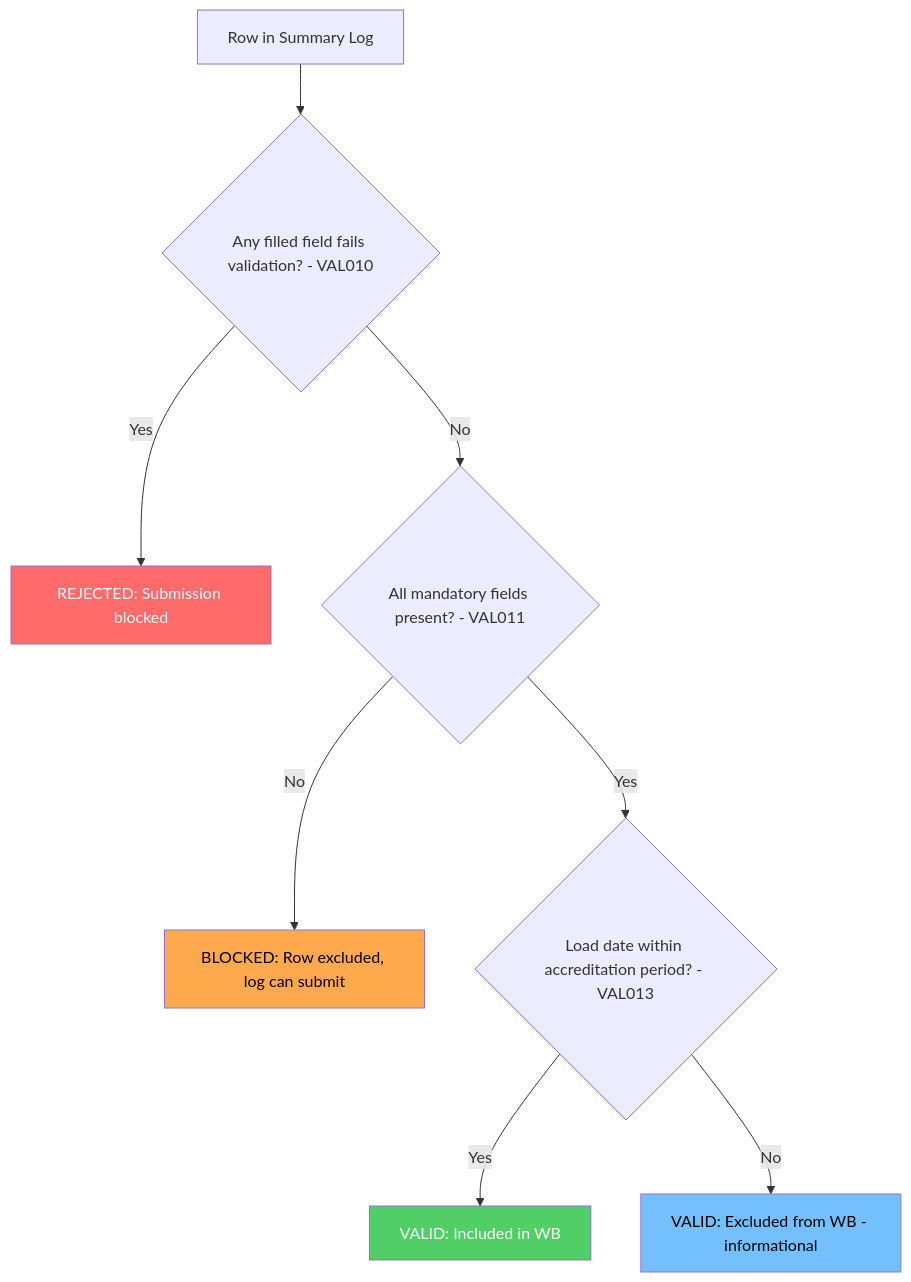
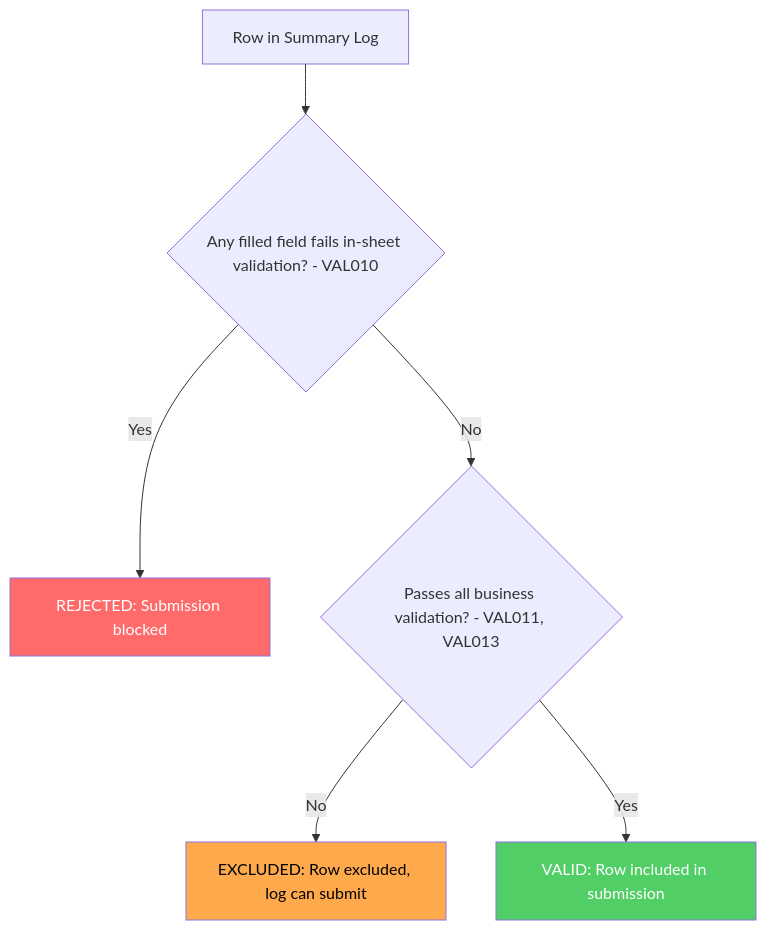
Before and after one commit to DEFRA/epr-re-ex-service: the diagram in docs/architecture/defined/summary-log-row-validation-classification.md, drawn with Mermaid. The commit also changed other lines of this file, not shown here.

First line of the commit message:
docs: simplify validation classification

````diff
--- a/docs/architecture/defined/summary-log-row-validation-classification.md
+++ b/docs/architecture/defined/summary-log-row-validation-classification.md
@@ -66,18 +57,14 @@
 ```mermaid
 flowchart TD
-    A[Row in Summary Log] --> B{Any filled field fails validation? - VAL010}
+    A[Row in Summary Log] --> B{Any filled field fails in-sheet validation? - VAL010}
 
     B -->|Yes| REJECTED["REJECTED: Submission blocked"]
-    B -->|No| C{All mandatory fields present? - VAL011}
+    B -->|No| C{Passes all business validation? - VAL011, VAL013}
 
-    C -->|No| BLOCKED["BLOCKED: Row excluded, log can submit"]
-    C -->|Yes| D{Load date within accreditation period? - VAL013}
-
-    D -->|Yes| VALID_IN["VALID: Included in WB"]
-    D -->|No| VALID_OUT["VALID: Excluded from WB - informational"]
+    C -->|No| EXCLUDED["EXCLUDED: Row excluded, log can submit"]
+    C -->|Yes| VALID["VALID: Row included in submission"]
 
     style REJECTED fill:#ff6b6b,color:#fff
-    style BLOCKED fill:#ffa94d,color:#000
-    style VALID_IN fill:#51cf66,color:#fff
-    style VALID_OUT fill:#74c0fc,color:#000
+    style EXCLUDED fill:#ffa94d,color:#000
+    style VALID fill:#51cf66,color:#fff
 ```
````
